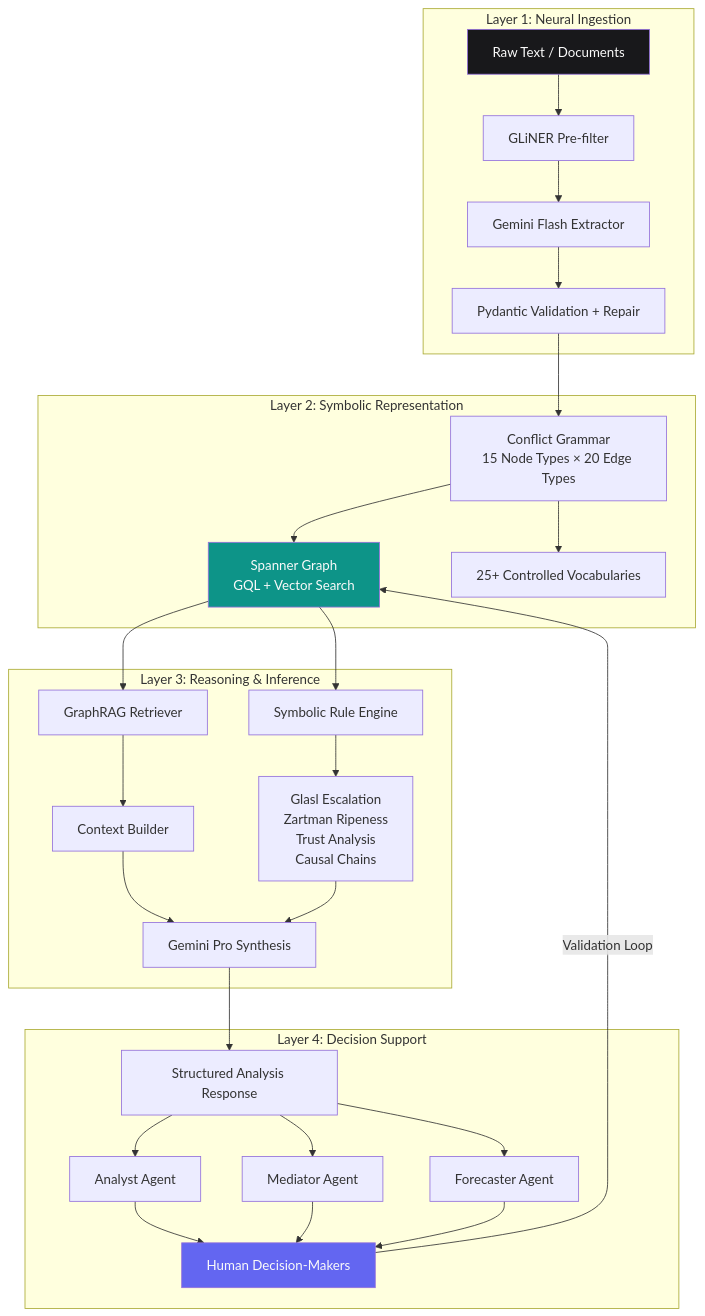
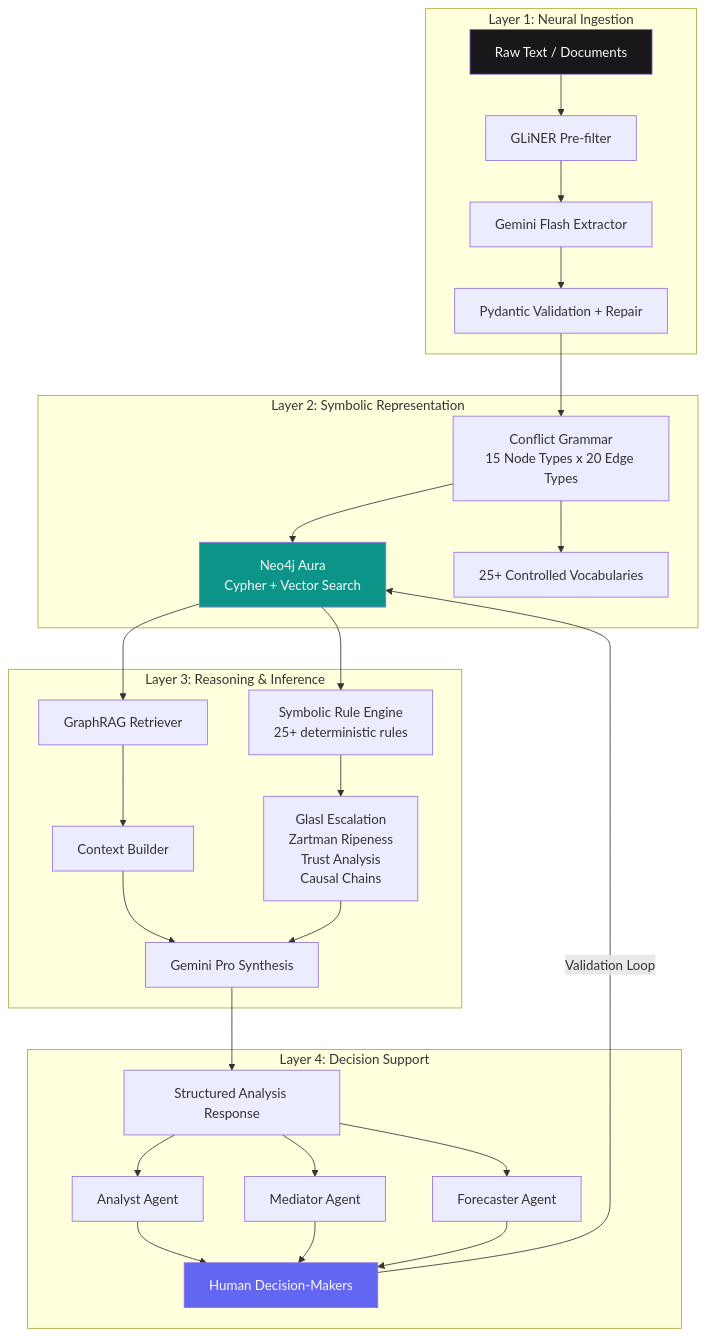
One commit to sargonxg/A2_DIALECTICAbyTACITUS changed the diagram in README.md. Above: the diagram before and after it, drawn with Mermaid. The commit also changed other lines of this file and 1 other file, not shown here.

````diff
--- a/README.md
+++ b/README.md
@@ -40,36 +213,36 @@
 ```mermaid
 graph TB
     subgraph "Layer 1: Neural Ingestion"
         A[Raw Text / Documents] --> B[GLiNER Pre-filter]
         B --> C[Gemini Flash Extractor]
         C --> D[Pydantic Validation + Repair]
     end
 
     subgraph "Layer 2: Symbolic Representation"
-        D --> E[Conflict Grammar\n15 Node Types × 20 Edge Types]
-        E --> F[Spanner Graph\nGQL + Vector Search]
+        D --> E[Conflict Grammar\n15 Node Types x 20 Edge Types]
+        E --> F[Neo4j Aura\nCypher + Vector Search]
         E --> G[25+ Controlled Vocabularies]
     end
 
     subgraph "Layer 3: Reasoning & Inference"
         F --> H[GraphRAG Retriever]
-        F --> I[Symbolic Rule Engine]
+        F --> I[Symbolic Rule Engine\n25+ deterministic rules]
         H --> J[Context Builder]
         I --> K[Glasl Escalation\nZartman Ripeness\nTrust Analysis\nCausal Chains]
         J --> L[Gemini Pro Synthesis]
         K --> L
     end
 
     subgraph "Layer 4: Decision Support"
         L --> M[Structured Analysis Response]
         M --> N[Analyst Agent]
         M --> O[Mediator Agent]
         M --> P[Forecaster Agent]
         N & O & P --> Q[Human Decision-Makers]
         Q -->|Validation Loop| F
     end
 
     style A fill:#18181b,color:#fafafa
     style F fill:#0d9488,color:#fafafa
     style Q fill:#6366f1,color:#fafafa
 ```
````
